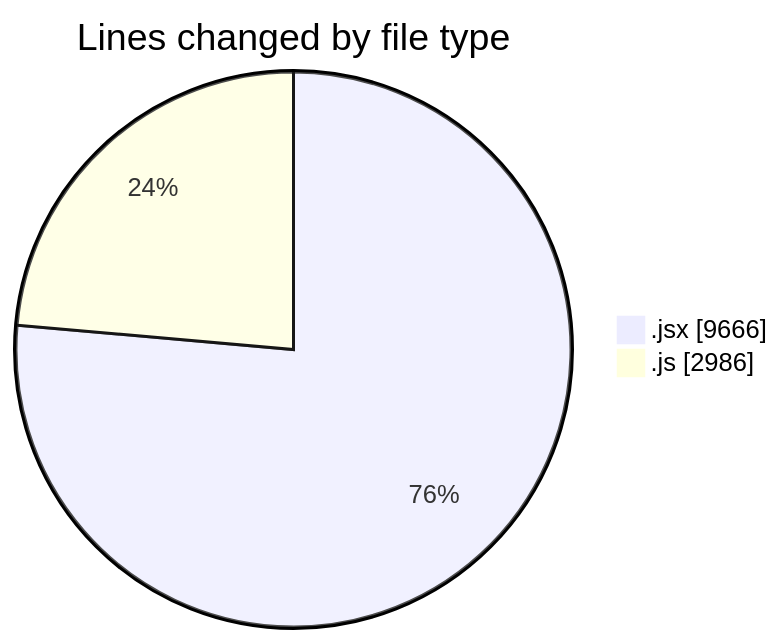
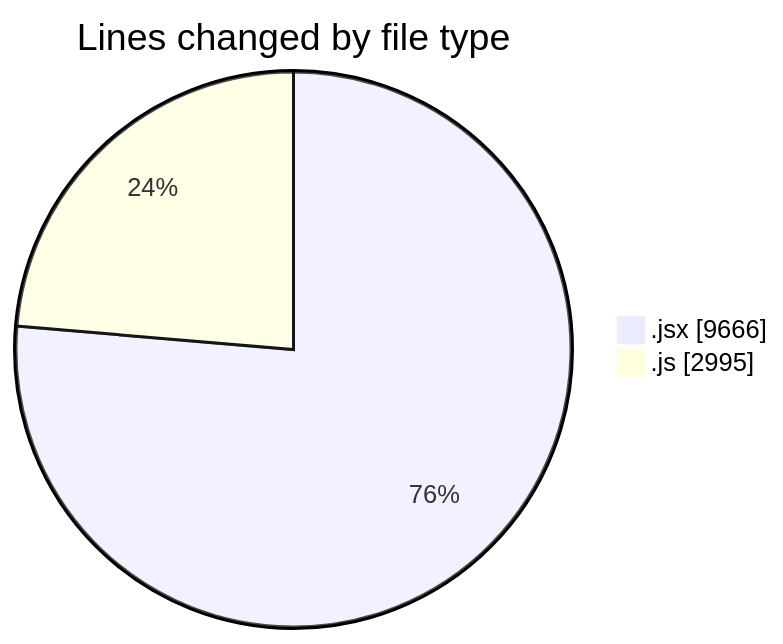
One commit to nxtqubesakshisongat/code-tracking changed the first of 2 diagrams in 2025-12-11/nxtqube_webapp/README.md. Above: the diagram before and after it, drawn with Mermaid. The commit also changed other lines of this file and 1 other file, not shown here.

````diff
--- a/2025-12-11/nxtqube_webapp/README.md
+++ b/2025-12-11/nxtqube_webapp/README.md
@@ -34,6 +34,6 @@
 ```mermaid
 pie showData
 title Lines changed by file type
 ".jsx" : 9666
-".js" : 2986
+".js" : 2995
 ```
````
